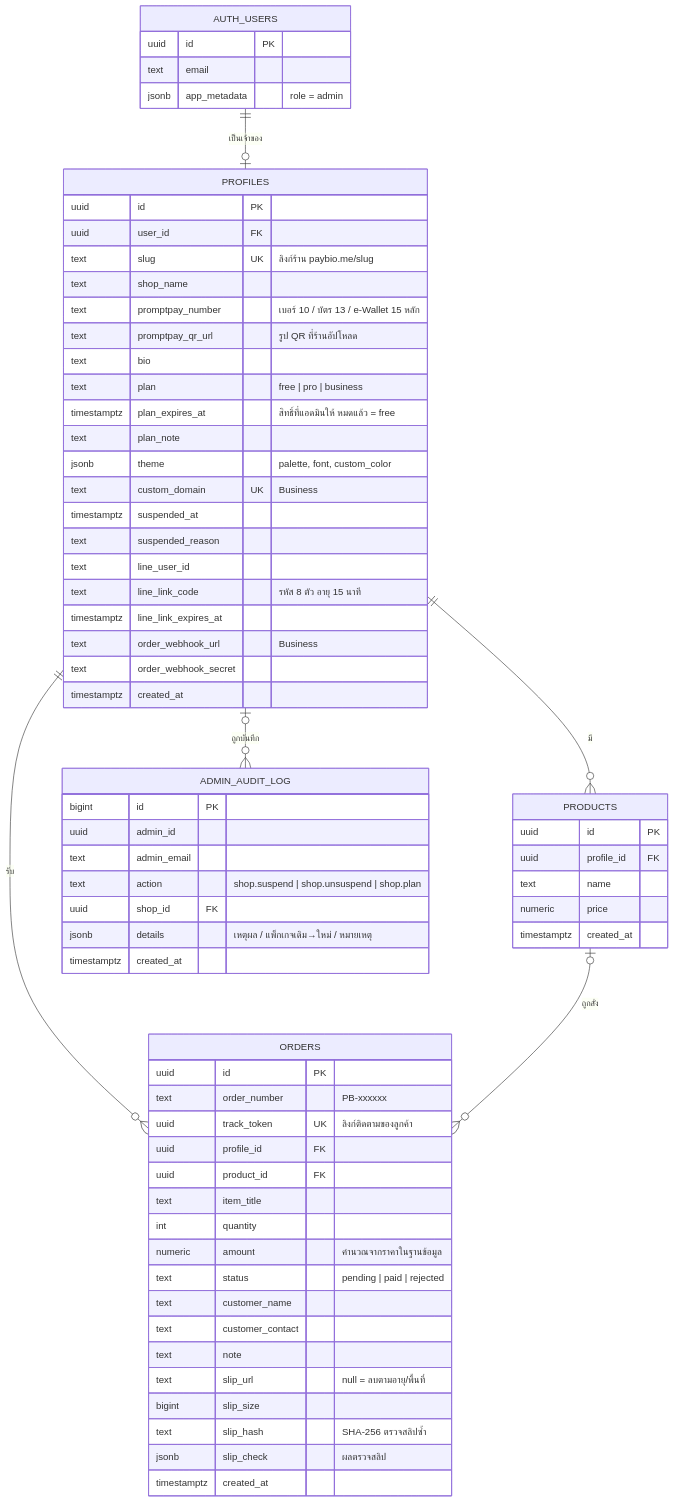
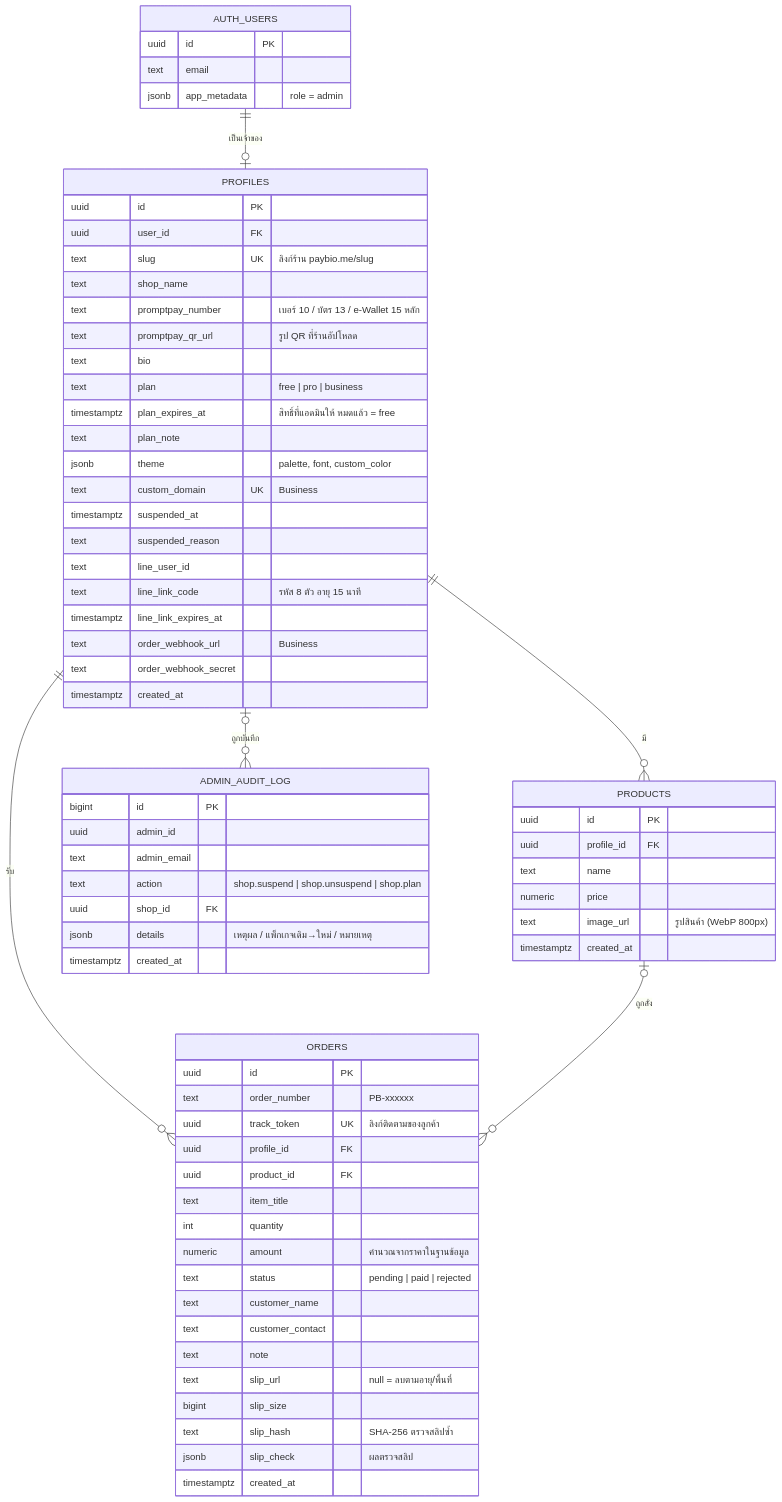
The second of 4 diagrams in docs/ARCHITECTURE.md (Suchanan0411/paybio), drawn with Mermaid before and after one commit. The commit also changed other lines of this file and 8 other files, not shown here.

````diff
--- a/docs/ARCHITECTURE.md
+++ b/docs/ARCHITECTURE.md
@@ -63,75 +63,76 @@
 ```mermaid
 erDiagram
   AUTH_USERS ||--o| PROFILES : "เป็นเจ้าของ"
   PROFILES ||--o{ PRODUCTS : "มี"
   PROFILES ||--o{ ORDERS : "รับ"
   PRODUCTS |o--o{ ORDERS : "ถูกสั่ง"
   PROFILES |o--o{ ADMIN_AUDIT_LOG : "ถูกบันทึก"
 
   AUTH_USERS {
     uuid id PK
     text email
     jsonb app_metadata "role = admin"
   }
 
   PROFILES {
     uuid id PK
     uuid user_id FK
     text slug UK "ลิงก์ร้าน paybio.me/slug"
     text shop_name
     text promptpay_number "เบอร์ 10 / บัตร 13 / e-Wallet 15 หลัก"
     text promptpay_qr_url "รูป QR ที่ร้านอัปโหลด"
     text bio
     text plan "free | pro | business"
     timestamptz plan_expires_at "สิทธิ์ที่แอดมินให้ หมดแล้ว = free"
     text plan_note
     jsonb theme "palette, font, custom_color"
     text custom_domain UK "Business"
     timestamptz suspended_at
     text suspended_reason
     text line_user_id
     text line_link_code "รหัส 8 ตัว อายุ 15 นาที"
     timestamptz line_link_expires_at
     text order_webhook_url "Business"
     text order_webhook_secret
     timestamptz created_at
   }
 
   PRODUCTS {
     uuid id PK
     uuid profile_id FK
     text name
     numeric price
+    text image_url "รูปสินค้า (WebP 800px)"
     timestamptz created_at
   }
 
   ORDERS {
     uuid id PK
     text order_number "PB-xxxxxx"
     uuid track_token UK "ลิงก์ติดตามของลูกค้า"
     uuid profile_id FK
     uuid product_id FK
     text item_title
     int quantity
     numeric amount "คำนวณจากราคาในฐานข้อมูล"
     text status "pending | paid | rejected"
     text customer_name
     text customer_contact
     text note
     text slip_url "null = ลบตามอายุ/พื้นที่"
     bigint slip_size
     text slip_hash "SHA-256 ตรวจสลิปซ้ำ"
     jsonb slip_check "ผลตรวจสลิป"
     timestamptz created_at
   }
 
   ADMIN_AUDIT_LOG {
     bigint id PK
     uuid admin_id
     text admin_email
     text action "shop.suspend | shop.unsuspend | shop.plan"
     uuid shop_id FK
     jsonb details "เหตุผล / แพ็กเกจเดิม→ใหม่ / หมายเหตุ"
     timestamptz created_at
   }
 ```
````
